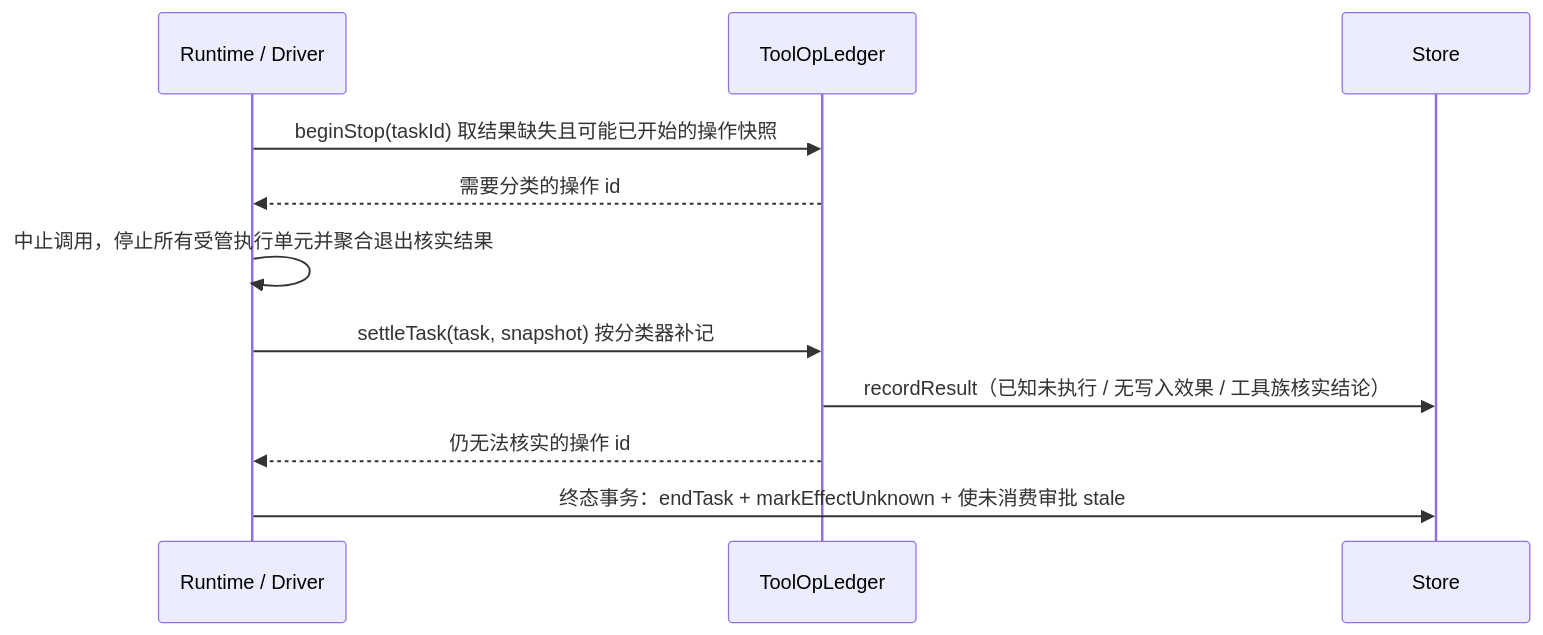
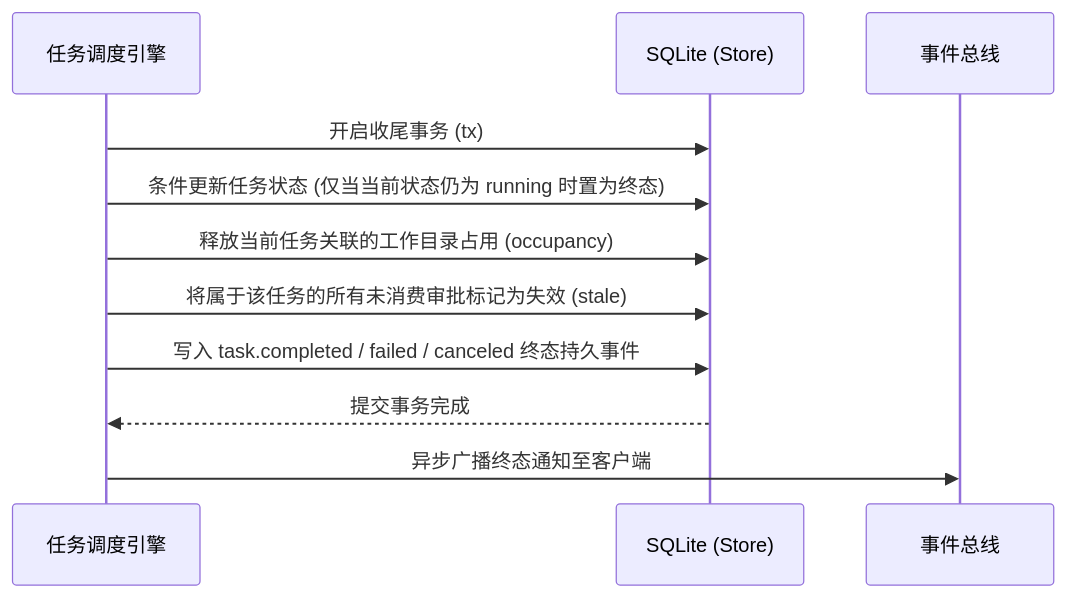
The second of 2 diagrams in docs/modules/core.md (num-lab/Ruukoto), drawn with Mermaid before and after one commit. The commit also changed other lines of this file and 19 other files, not shown here.

````diff
--- a/docs/modules/core.md
+++ b/docs/modules/core.md
@@ -306,13 +102,14 @@
 ```mermaid
 sequenceDiagram
-  participant Rt as Runtime / Driver
-  participant L as ToolOpLedger
-  participant S as Store
-  Rt->>L: beginStop(taskId) 取结果缺失且可能已开始的操作快照
-  L-->>Rt: 需要分类的操作 id
-  Rt->>Rt: 中止调用，停止所有受管执行单元并聚合退出核实结果
-  Rt->>L: settleTask(task, snapshot) 按分类器补记
-  L->>S: recordResult（已知未执行 / 无写入效果 / 工具族核实结论）
-  L-->>Rt: 仍无法核实的操作 id
-  Rt->>S: 终态事务：endTask + markEffectUnknown + 使未消费审批 stale
+  participant Runtime as 任务调度引擎
+  participant Db as SQLite (Store)
+  participant Events as 事件总线
+
+  Runtime->>Db: 开启收尾事务 (tx)
+  Runtime->>Db: 条件更新任务状态 (仅当当前状态仍为 running 时置为终态)
+  Runtime->>Db: 释放当前任务关联的工作目录占用 (occupancy)
+  Runtime->>Db: 将属于该任务的所有未消费审批标记为失效 (stale)
+  Runtime->>Db: 写入 task.completed / failed / canceled 终态持久事件
+  Db-->>Runtime: 提交事务完成
+  Runtime->>Events: 异步广播终态通知至客户端
 ```
````
